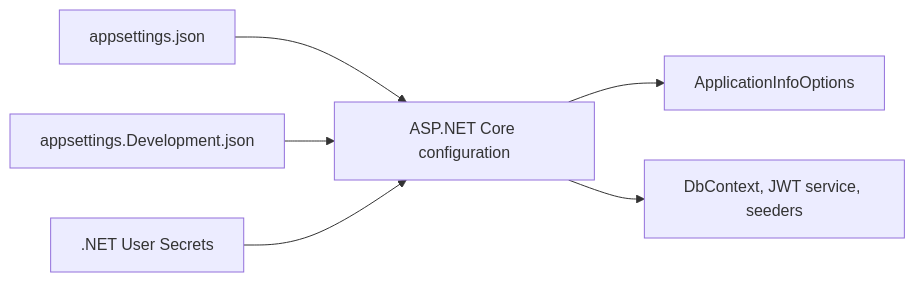
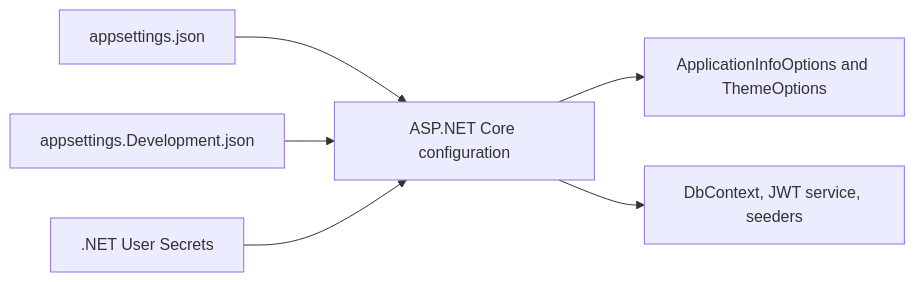
The ninth of 10 diagrams in docs/architecture.md (argorilla/job-application-tracker), drawn with Mermaid before and after one commit. The commit also changed other lines of this file and 1 other file, not shown here.

````diff
--- a/docs/architecture.md
+++ b/docs/architecture.md
@@ -154,8 +221,8 @@
 ```mermaid
 flowchart LR
     Settings[appsettings.json] --> Config[ASP.NET Core configuration]
     Dev[appsettings.Development.json] --> Config
     Secrets[.NET User Secrets] --> Config
-    Config --> Options[ApplicationInfoOptions]
+    Config --> Options[ApplicationInfoOptions and ThemeOptions]
     Config --> Runtime[DbContext, JWT service, seeders]
 ```
````
